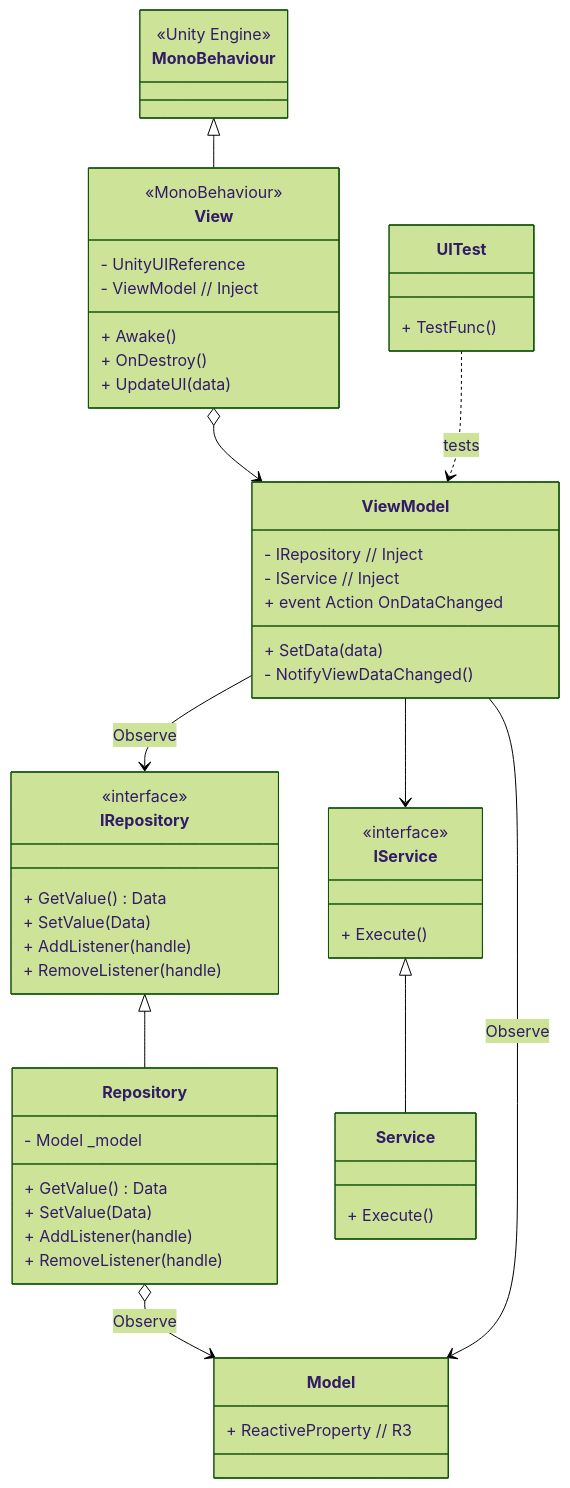
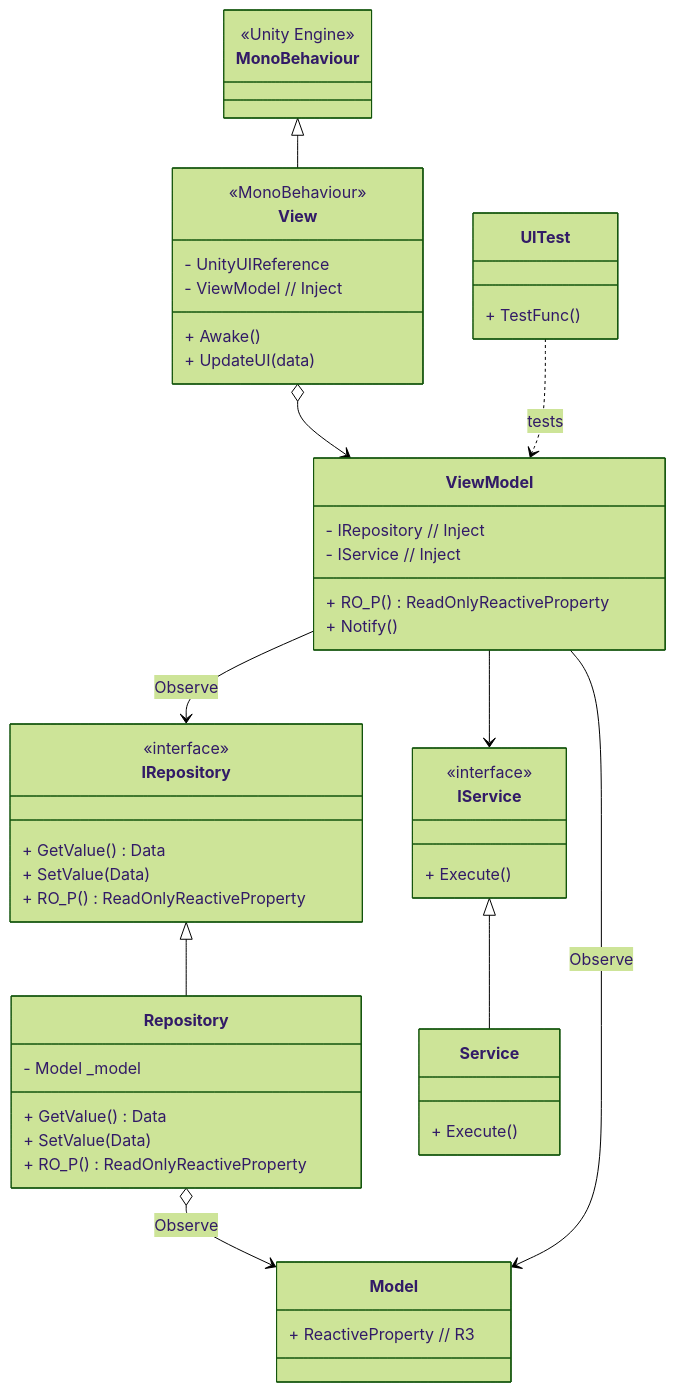
Before and after one commit to HyunWoo-Jo/ProjectHS: the second of 2 diagrams in README.md, drawn with Mermaid (forest theme).

````diff
--- a/README.md
+++ b/README.md
@@ -147,66 +147,62 @@
 ```mermaid
 classDiagram
     class MonoBehaviour {
         <<Unity Engine>>
     }
 
     class View {
         <<MonoBehaviour>>
         - UnityUIReference
         - ViewModel  // Inject
         + Awake()
-        + OnDestroy()
         + UpdateUI(data)
     }
 
     class ViewModel {
         - IRepository // Inject
         - IService // Inject
-        + event Action OnDataChanged
-        + SetData(data)
-        - NotifyViewDataChanged()
+        + RO_P() ReadOnlyReactiveProperty
+        + Notify()
     }
 
     class IRepository {
         <<interface>>
         + GetValue() Data
         + SetValue(Data)
-        + AddListener(handle)
-        + RemoveListener(handle)
+        + RO_P() ReadOnlyReactiveProperty
     }
 
     class Repository {
         - Model _model
         + GetValue() Data
         + SetValue(Data)
-        + AddListener(handle)
-        + RemoveListener(handle)
+        + RO_P() ReadOnlyReactiveProperty
     }
 
     class Model {
         + ReactiveProperty // R3
     }
 
     class IService {
         <<interface>>
         + Execute()
     }
 
     class Service {
         + Execute()
     }
 
     class UITest {
         + TestFunc()
     }
 
     MonoBehaviour <|-- View       
     View o--> ViewModel               
     ViewModel --> IRepository : Observe  
     ViewModel --> IService              
     IRepository <|-- Repository     
     Repository o--> Model : Observe  
     ViewModel --> Model : Observe           
     UITest ..> ViewModel : tests  
     IService <|-- Service
 ```
````
